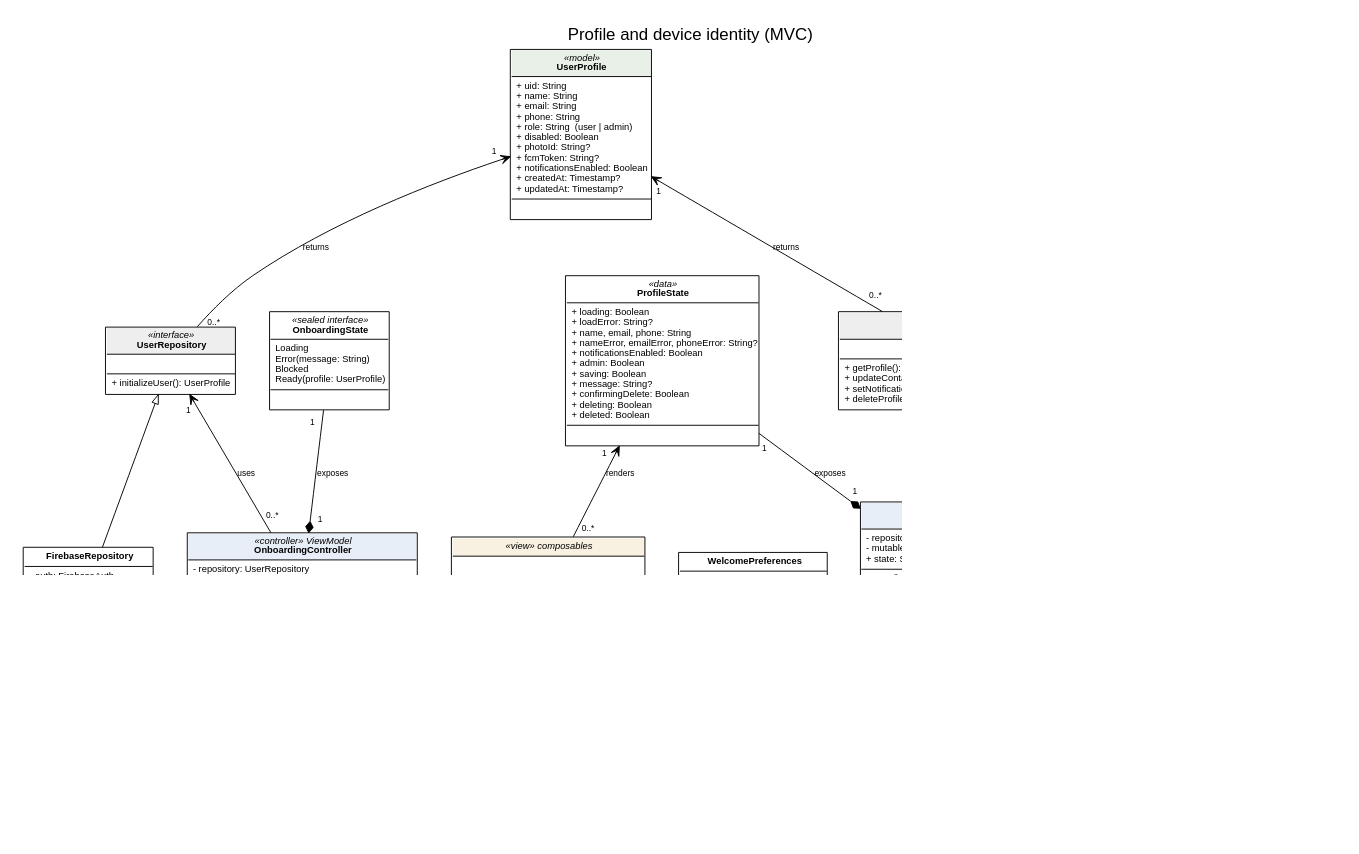
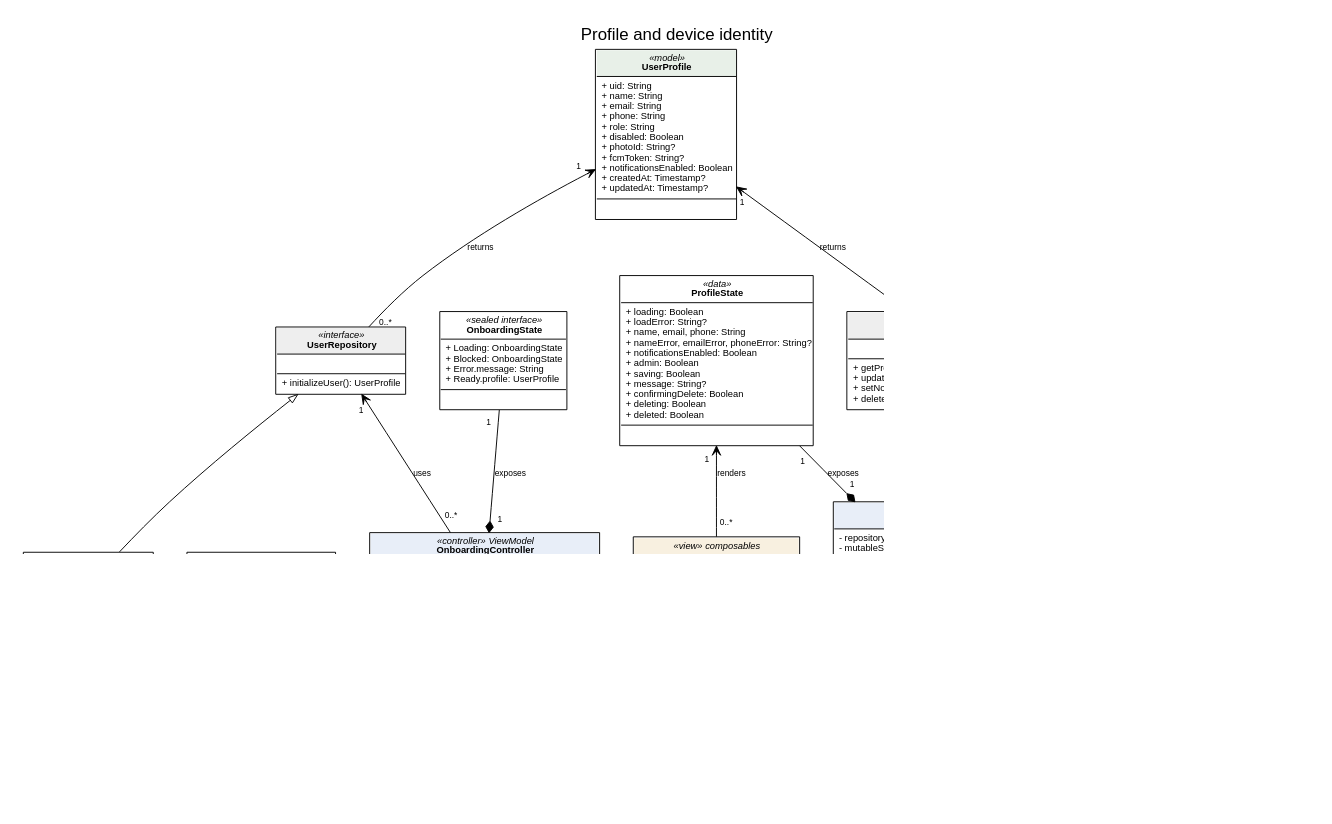
The diagram in doc/uml/profile_identity.dot (CMPUT301F26-legion/legion-events), drawn with Graphviz before and after one commit. The commit also changed 11 other files, not shown here.

Commit message:
Update UML class diagrams to match the wiki

```diff
--- a/doc/uml/profile_identity.dot
+++ b/doc/uml/profile_identity.dot
@@ -1,98 +1,96 @@
 // UML class diagram: profile and device identity (Person 1, US 01.07.03, 01.08.01, 01.09.01, 01.10.01, 01.11.01).
 // Render with: dot -Tpng doc/uml/profile_identity.dot -o doc/uml/profile_identity.png
 digraph ProfileIdentity {
   graph [rankdir=BT fontname="Liberation Sans" nodesep=0.5 ranksep=0.7 dpi=110 pad=0.3
-         label="Profile and device identity (MVC)" labelloc=t fontsize=18];
+         label="Profile and device identity" labelloc=t fontsize=18];
   node  [shape=plain fontname="Liberation Sans" fontsize=10];
   edge  [fontname="Liberation Sans" fontsize=9];
 
   UserProfile [label=<<TABLE BORDER="1" CELLBORDER="0" CELLSPACING="0" CELLPADDING="4">
     <TR><TD BGCOLOR="#e8f0e8"><I>«model»</I><BR/><B>UserProfile</B></TD></TR>
-    <TR><TD ALIGN="LEFT" BALIGN="LEFT" SIDES="T" BORDER="1">+ uid: String<BR/>+ name: String<BR/>+ email: String<BR/>+ phone: String<BR/>+ role: String  (user | admin)<BR/>+ disabled: Boolean<BR/>+ photoId: String?<BR/>+ fcmToken: String?<BR/>+ notificationsEnabled: Boolean<BR/>+ createdAt: Timestamp?<BR/>+ updatedAt: Timestamp?</TD></TR>
+    <TR><TD ALIGN="LEFT" BALIGN="LEFT" SIDES="T" BORDER="1">+ uid: String<BR/>+ name: String<BR/>+ email: String<BR/>+ phone: String<BR/>+ role: String<BR/>+ disabled: Boolean<BR/>+ photoId: String?<BR/>+ fcmToken: String?<BR/>+ notificationsEnabled: Boolean<BR/>+ createdAt: Timestamp?<BR/>+ updatedAt: Timestamp?</TD></TR>
     <TR><TD ALIGN="LEFT" BALIGN="LEFT" SIDES="T" BORDER="1"> </TD></TR></TABLE>>];
 
   UserRepository [label=<<TABLE BORDER="1" CELLBORDER="0" CELLSPACING="0" CELLPADDING="4">
     <TR><TD BGCOLOR="#eeeeee"><I>«interface»</I><BR/><B>UserRepository</B></TD></TR>
     <TR><TD ALIGN="LEFT" BALIGN="LEFT" SIDES="T" BORDER="1"> </TD></TR>
     <TR><TD ALIGN="LEFT" BALIGN="LEFT" SIDES="T" BORDER="1">+ initializeUser(): UserProfile</TD></TR></TABLE>>];
 
   ProfileRepository [label=<<TABLE BORDER="1" CELLBORDER="0" CELLSPACING="0" CELLPADDING="4">
     <TR><TD BGCOLOR="#eeeeee"><I>«interface»</I><BR/><B>ProfileRepository</B></TD></TR>
     <TR><TD ALIGN="LEFT" BALIGN="LEFT" SIDES="T" BORDER="1"> </TD></TR>
     <TR><TD ALIGN="LEFT" BALIGN="LEFT" SIDES="T" BORDER="1">+ getProfile(): UserProfile<BR/>+ updateContact(name: String, email: String, phone: String)<BR/>+ setNotificationsEnabled(enabled: Boolean)<BR/>+ deleteProfile()</TD></TR></TABLE>>];
 
   FirebaseRepository [label=<<TABLE BORDER="1" CELLBORDER="0" CELLSPACING="0" CELLPADDING="4">
     <TR><TD><B>FirebaseRepository</B></TD></TR>
     <TR><TD ALIGN="LEFT" BALIGN="LEFT" SIDES="T" BORDER="1">- auth: FirebaseAuth<BR/>- firestore: FirebaseFirestore</TD></TR>
-    <TR><TD ALIGN="LEFT" BALIGN="LEFT" SIDES="T" BORDER="1">+ initializeUser(): UserProfile<BR/>(campsite reads omitted)</TD></TR></TABLE>>];
+    <TR><TD ALIGN="LEFT" BALIGN="LEFT" SIDES="T" BORDER="1">+ initializeUser(): UserProfile</TD></TR></TABLE>>];
 
   FirebaseProfileRepository [label=<<TABLE BORDER="1" CELLBORDER="0" CELLSPACING="0" CELLPADDING="4">
     <TR><TD><B>FirebaseProfileRepository</B></TD></TR>
     <TR><TD ALIGN="LEFT" BALIGN="LEFT" SIDES="T" BORDER="1">- auth: FirebaseAuth<BR/>- firestore: FirebaseFirestore</TD></TR>
     <TR><TD ALIGN="LEFT" BALIGN="LEFT" SIDES="T" BORDER="1">+ getProfile(): UserProfile<BR/>+ updateContact(name: String, email: String, phone: String)<BR/>+ setNotificationsEnabled(enabled: Boolean)<BR/>+ deleteProfile()<BR/>- profileDocument(): DocumentReference</TD></TR></TABLE>>];
 
   WelcomePreferences [label=<<TABLE BORDER="1" CELLBORDER="0" CELLSPACING="0" CELLPADDING="4">
     <TR><TD><B>WelcomePreferences</B></TD></TR>
     <TR><TD ALIGN="LEFT" BALIGN="LEFT" SIDES="T" BORDER="1">- preferences: SharedPreferences</TD></TR>
     <TR><TD ALIGN="LEFT" BALIGN="LEFT" SIDES="T" BORDER="1">+ hasSeenWelcome(): Boolean<BR/>+ markWelcomeSeen()</TD></TR></TABLE>>];
 
   OnboardingController [label=<<TABLE BORDER="1" CELLBORDER="0" CELLSPACING="0" CELLPADDING="4">
     <TR><TD BGCOLOR="#e8eef8"><I>«controller» ViewModel</I><BR/><B>OnboardingController</B></TD></TR>
     <TR><TD ALIGN="LEFT" BALIGN="LEFT" SIDES="T" BORDER="1">- repository: UserRepository<BR/>- mutableState: MutableStateFlow&lt;OnboardingState&gt;<BR/>+ state: StateFlow&lt;OnboardingState&gt;</TD></TR>
     <TR><TD ALIGN="LEFT" BALIGN="LEFT" SIDES="T" BORDER="1">+ retry()<BR/>+ restart()<BR/>- initialize()</TD></TR></TABLE>>];
 
   OnboardingState [label=<<TABLE BORDER="1" CELLBORDER="0" CELLSPACING="0" CELLPADDING="4">
     <TR><TD><I>«sealed interface»</I><BR/><B>OnboardingState</B></TD></TR>
-    <TR><TD ALIGN="LEFT" BALIGN="LEFT" SIDES="T" BORDER="1">Loading<BR/>Error(message: String)<BR/>Blocked<BR/>Ready(profile: UserProfile)</TD></TR>
+    <TR><TD ALIGN="LEFT" BALIGN="LEFT" SIDES="T" BORDER="1">+ Loading: OnboardingState<BR/>+ Blocked: OnboardingState<BR/>+ Error.message: String<BR/>+ Ready.profile: UserProfile</TD></TR>
     <TR><TD ALIGN="LEFT" BALIGN="LEFT" SIDES="T" BORDER="1"> </TD></TR></TABLE>>];
 
   ProfileController [label=<<TABLE BORDER="1" CELLBORDER="0" CELLSPACING="0" CELLPADDING="4">
     <TR><TD BGCOLOR="#e8eef8"><I>«controller» ViewModel</I><BR/><B>ProfileController</B></TD></TR>
     <TR><TD ALIGN="LEFT" BALIGN="LEFT" SIDES="T" BORDER="1">- repository: ProfileRepository<BR/>- mutableState: MutableStateFlow&lt;ProfileState&gt;<BR/>+ state: StateFlow&lt;ProfileState&gt;</TD></TR>
     <TR><TD ALIGN="LEFT" BALIGN="LEFT" SIDES="T" BORDER="1">+ retry()<BR/>+ setName(name: String)<BR/>+ setEmail(email: String)<BR/>+ setPhone(phone: String)<BR/>+ save()<BR/>+ setNotificationsEnabled(enabled: Boolean)<BR/>+ requestDelete()<BR/>+ cancelDelete()<BR/>+ confirmDelete()</TD></TR></TABLE>>];
 
   ProfileState [label=<<TABLE BORDER="1" CELLBORDER="0" CELLSPACING="0" CELLPADDING="4">
     <TR><TD><I>«data»</I><BR/><B>ProfileState</B></TD></TR>
     <TR><TD ALIGN="LEFT" BALIGN="LEFT" SIDES="T" BORDER="1">+ loading: Boolean<BR/>+ loadError: String?<BR/>+ name, email, phone: String<BR/>+ nameError, emailError, phoneError: String?<BR/>+ notificationsEnabled: Boolean<BR/>+ admin: Boolean<BR/>+ saving: Boolean<BR/>+ message: String?<BR/>+ confirmingDelete: Boolean<BR/>+ deleting: Boolean<BR/>+ deleted: Boolean</TD></TR>
     <TR><TD ALIGN="LEFT" BALIGN="LEFT" SIDES="T" BORDER="1"> </TD></TR></TABLE>>];
 
   AppNavigation [label=<<TABLE BORDER="1" CELLBORDER="0" CELLSPACING="0" CELLPADDING="4">
     <TR><TD BGCOLOR="#e8eef8"><I>«controller» composable</I><BR/><B>AppNavigation</B></TD></TR>
-    <TR><TD ALIGN="LEFT" BALIGN="LEFT" SIDES="T" BORDER="1">controller: OnboardingController<BR/>navController: NavHostController<BR/>profiles: ProfileRepository<BR/>welcome: WelcomePreferences?<BR/>(campsite, lottery, and owner repositories omitted)</TD></TR>
-    <TR><TD ALIGN="LEFT" BALIGN="LEFT" SIDES="T" BORDER="1">+ AppNavigation()<BR/>  routes S01 to S20 + policy<BR/>  bottom bar: Explore, Lotteries, Inbox, Bookings, Profile</TD></TR></TABLE>>];
+    <TR><TD ALIGN="LEFT" BALIGN="LEFT" SIDES="T" BORDER="1">- controller: OnboardingController<BR/>- navController: NavHostController<BR/>- profiles: ProfileRepository<BR/>- welcome: WelcomePreferences?</TD></TR>
+    <TR><TD ALIGN="LEFT" BALIGN="LEFT" SIDES="T" BORDER="1">+ AppNavigation()</TD></TR></TABLE>>];
 
   Views [label=<<TABLE BORDER="1" CELLBORDER="0" CELLSPACING="0" CELLPADDING="4">
     <TR><TD BGCOLOR="#f8f0e0"><I>«view» composables</I></TD></TR>
     <TR><TD ALIGN="LEFT" BALIGN="LEFT" SIDES="T" BORDER="1"> </TD></TR>
-    <TR><TD ALIGN="LEFT" BALIGN="LEFT" SIDES="T" BORDER="1">+ OnboardingScreen(state, onRetry)<BR/>+ WelcomeScreen(onStart, onPolicy)  (S01)<BR/>+ ProfileScreen(state, on… callbacks)  (S11)<BR/>+ PolicyScreen(onBack)<BR/>+ PlaceholderScreen(title, onBack)</TD></TR></TABLE>>];
+    <TR><TD ALIGN="LEFT" BALIGN="LEFT" SIDES="T" BORDER="1">+ OnboardingScreen(state, onRetry)<BR/>+ WelcomeScreen(onStart, onPolicy)<BR/>+ ProfileScreen(state, on… callbacks)<BR/>+ PolicyScreen(onBack)<BR/>+ PlaceholderScreen(title, onBack)</TD></TR></TABLE>>];
 
-  note [shape=note fontsize=9 style=filled fillcolor="#fffbe6" label="Views only render state and forward taps;\nthey never call Firestore.\nDeleting a profile does not yet remove\nwaitlist entries (needs WaitlistEntry)."];
 
   // Notation: extends (hollow triangle), one-way navigability (open arrow),
   // aggregation (hollow diamond on the owner), composition (filled diamond on the owner).
   // Multiplicities: taillabel = source end, headlabel = target end. Extends has none.
   edge [labeldistance=1.8 labelangle=35];
 
   // Extends: the Firebase classes implement the repository interfaces.
   FirebaseRepository -> UserRepository [arrowhead=onormal];
   FirebaseProfileRepository -> ProfileRepository [arrowhead=onormal];
 
   // One-way navigability
   UserRepository -> UserProfile [arrowhead=vee label="returns" taillabel="0..*" headlabel="1"];
   ProfileRepository -> UserProfile [arrowhead=vee label="returns" taillabel="0..*" headlabel="1"];
   OnboardingController -> UserRepository [arrowhead=vee label="uses" taillabel="0..*" headlabel="1"];
   ProfileController -> ProfileRepository [arrowhead=vee label="uses" taillabel="0..*" headlabel="1"];
   AppNavigation -> OnboardingController [arrowhead=vee label="observes" taillabel="1" headlabel="1"];
   AppNavigation -> WelcomePreferences [arrowhead=vee label="reads" taillabel="0..*" headlabel="0..1"];
   Views -> ProfileState [arrowhead=vee label="renders" taillabel="0..*" headlabel="1"];
 
   // Composition: each controller owns its state; S11's back stack entry owns ProfileController.
   OnboardingController -> OnboardingState [dir=back arrowtail=diamond label="exposes" taillabel="1" headlabel="1"];
   ProfileController -> ProfileState [dir=back arrowtail=diamond label="exposes" taillabel="1" headlabel="1"];
   AppNavigation -> ProfileController [dir=back arrowtail=diamond label="creates" taillabel="1" headlabel="0..1"];
 
   // Aggregation: navigation shows the screens, which exist on their own.
   AppNavigation -> Views [dir=back arrowtail=odiamond label="shows" taillabel="1" headlabel="1..*"];
 
-  note -> Views [arrowhead=none style=dotted];
 }
```
